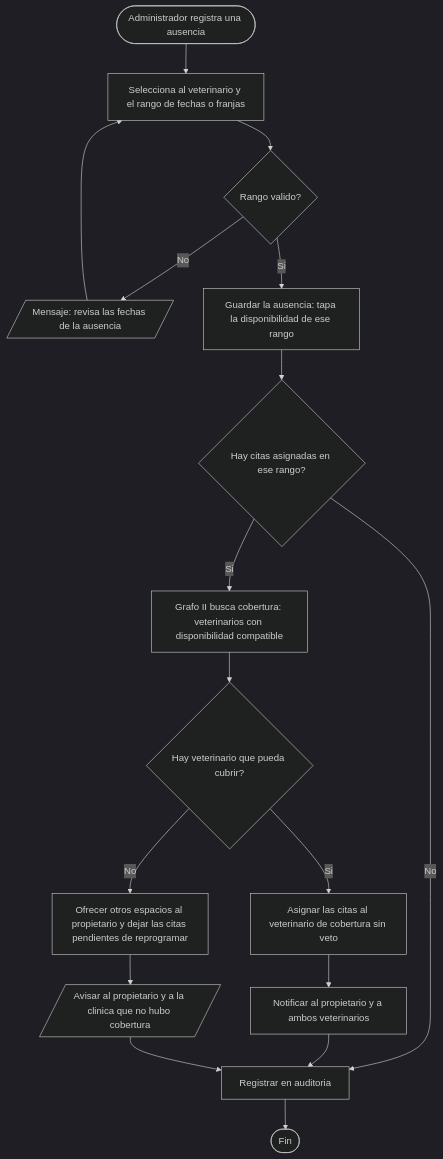
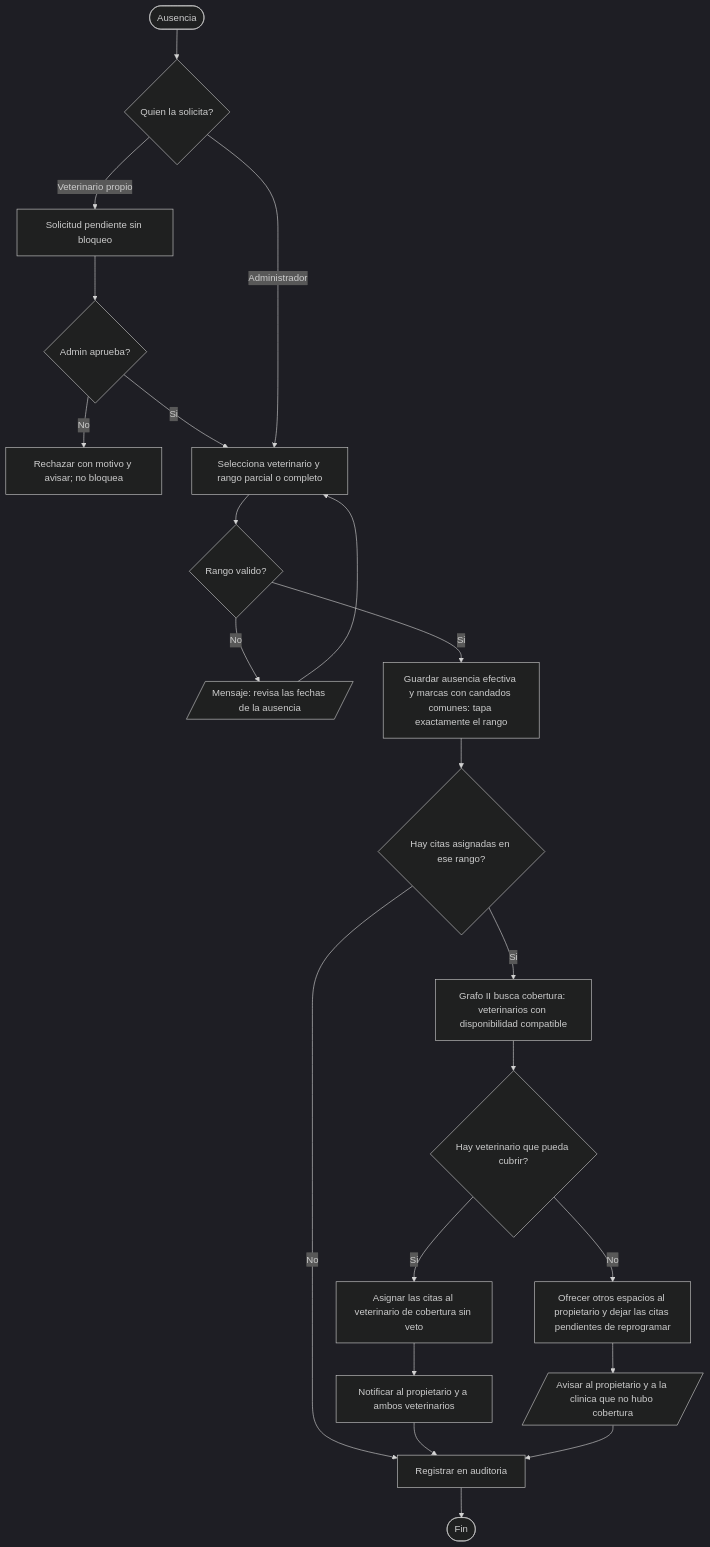
One commit to carvajal7lsch-commits/Zooki changed the ninth of 26 diagrams in documentacion/Modelos.md. Above: the diagram before and after it, drawn with Mermaid (dark theme). The commit also changed other lines of this file and 10 other files, not shown here.

````diff
--- a/documentacion/Modelos.md
+++ b/documentacion/Modelos.md
@@ -370,19 +398,24 @@
 ```mermaid
 flowchart TD
-  A([Administrador registra una ausencia]) --> B[Selecciona al veterinario y el rango de fechas o franjas]
+  A([Ausencia]) --> ACT{Quien la solicita?}
+  ACT -- "Veterinario propio" --> SOL["Solicitud pendiente sin bloqueo"]
+  SOL --> APR{Admin aprueba?}
+  APR -- No --> RECH["Rechazar con motivo y avisar; no bloquea"]
+  APR -- Si --> B
+  ACT -- Administrador --> B[Selecciona veterinario y rango parcial o completo]
   B --> C{Rango valido?}
   C -- No --> C1[/"Mensaje: revisa las fechas de la ausencia"/]
   C1 --> B
-  C -- Si --> D[Guardar la ausencia: tapa la disponibilidad de ese rango]
+  C -- Si --> D[Guardar ausencia efectiva y marcas con candados comunes: tapa exactamente el rango]
   D --> E{Hay citas asignadas en ese rango?}
   E -- No --> F[Registrar en auditoria]
   E -- Si --> G[Grafo II busca cobertura: veterinarios con disponibilidad compatible]
   G --> H{Hay veterinario que pueda cubrir?}
   H -- Si --> K[Asignar las citas al veterinario de cobertura sin veto]
   K --> L[Notificar al propietario y a ambos veterinarios]
   H -- No --> M[Ofrecer otros espacios al propietario y dejar las citas pendientes de reprogramar]
   M --> N[/"Avisar al propietario y a la clinica que no hubo cobertura"/]
   L --> F
   N --> F
   F --> O([Fin])
 ```
````
